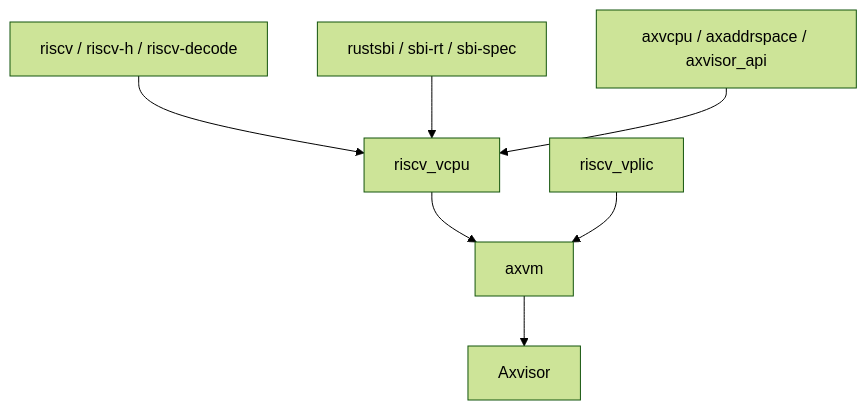
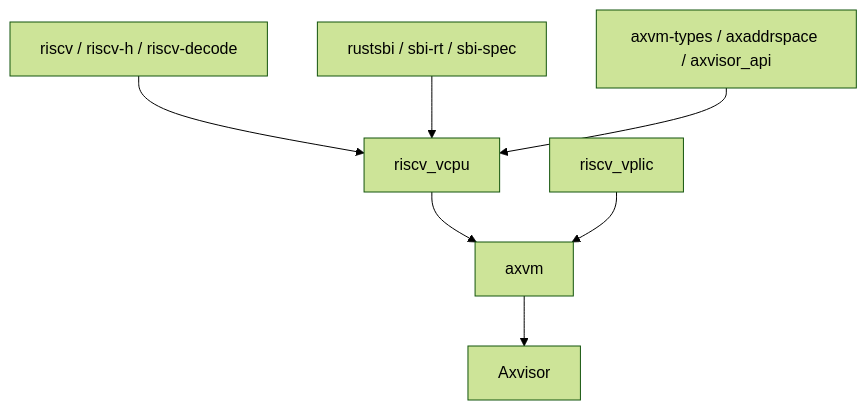
Before and after one commit to rcore-os/tgoskits: the second of 2 diagrams in docs/docs/components/crates/riscv-vcpu.md, drawn with Mermaid (forest theme). The commit also changed other lines of this file and 79 other files, not shown here.

````diff
--- a/docs/docs/components/crates/riscv-vcpu.md
+++ b/docs/docs/components/crates/riscv-vcpu.md
@@ -246,9 +246,9 @@
 ```mermaid
 graph TD
     A[riscv / riscv-h / riscv-decode] --> B[riscv_vcpu]
     C[rustsbi / sbi-rt / sbi-spec] --> B
-    D[axvcpu / axaddrspace / axvisor_api] --> B
+    D[axvm-types / axaddrspace / axvisor_api] --> B
     B --> E[axvm]
     E --> F[Axvisor]
     G[riscv_vplic] --> E
 ```
````
